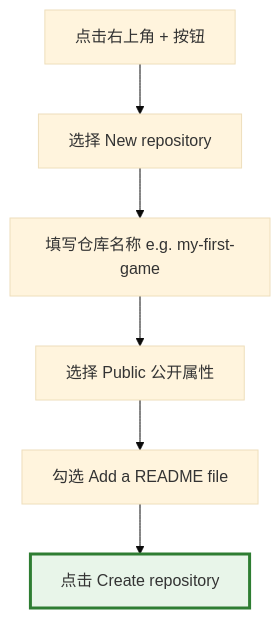
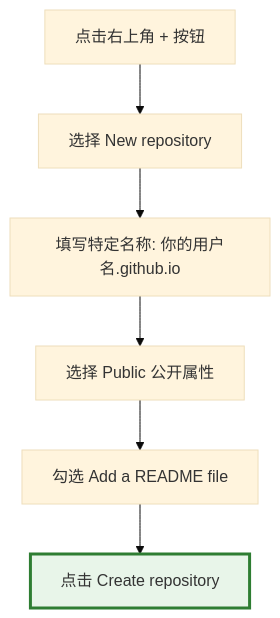
Before and after one commit to ruanqizhen/cocode: the second of 2 diagrams in docs/github_pages.md, drawn with Mermaid (base theme). The commit also changed other lines of this file and 4 other files, not shown here.

````diff
--- a/docs/github_pages.md
+++ b/docs/github_pages.md
@@ -84,10 +158,11 @@
 ```mermaid
 flowchart TD
     A[点击右上角 + 按钮] --> B[选择 New repository]
-    B --> C[填写仓库名称 e.g. my-first-game]
+    B --> C[填写特定名称: 你的用户名.github.io]
     C --> D[选择 Public 公开属性]
     D --> E[勾选 Add a README file]
     E --> F[点击 Create repository]
     
     style F fill:#e8f5e9,stroke:#2e7d32,stroke-width:3px
+
 ```
````
